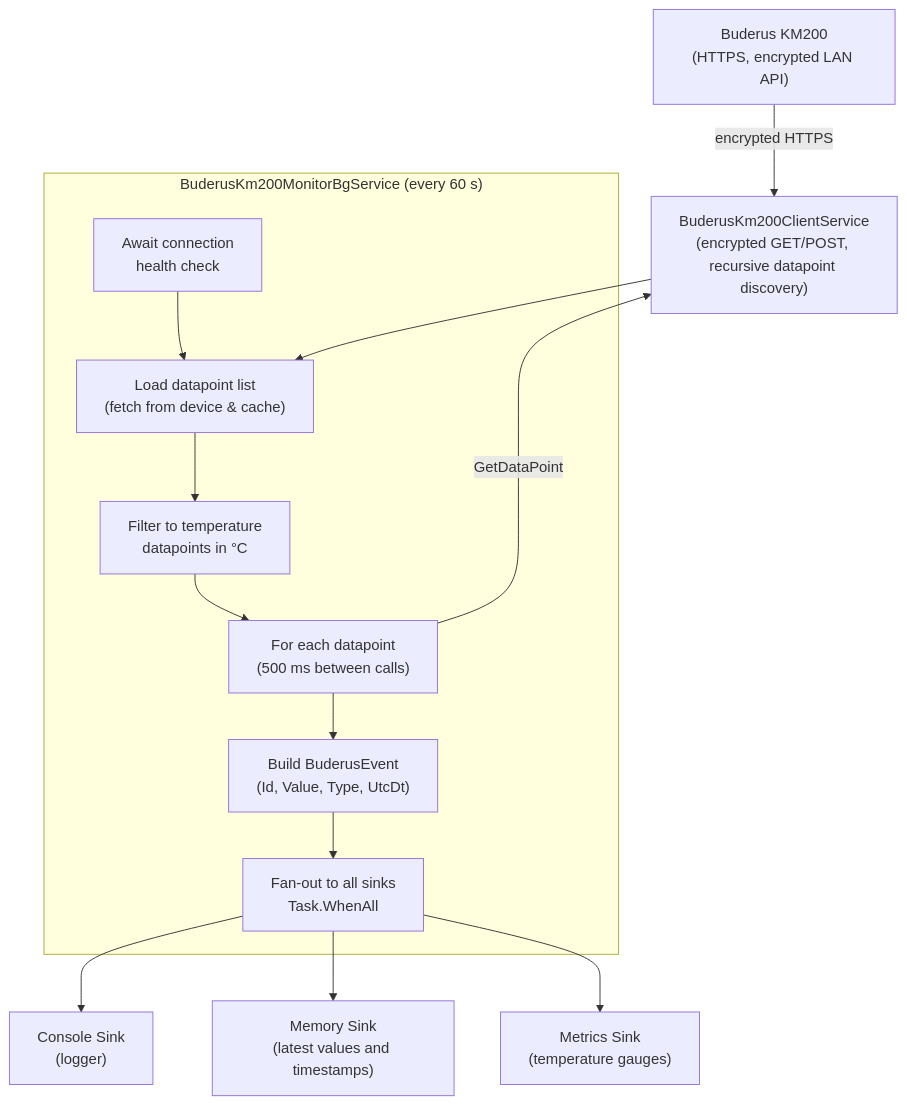
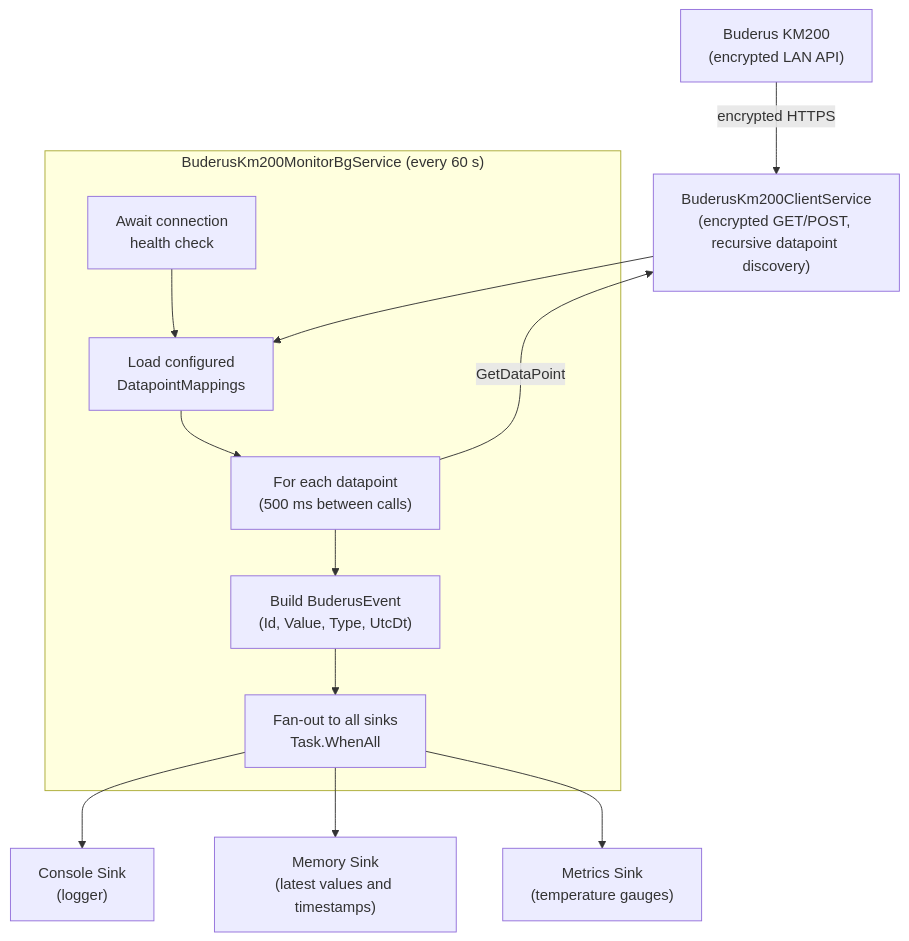
Before and after one commit to f2calv/SmartHaus: the diagram in src/CasCap.Api.Buderus/README.md, drawn with Mermaid. The commit also changed other lines of this file and 34 other files, not shown here.

````diff
--- a/src/CasCap.Api.Buderus/README.md
+++ b/src/CasCap.Api.Buderus/README.md
@@ -32,28 +59,27 @@
 ```mermaid
 flowchart TD
-    KM200["Buderus KM200\n(HTTPS, encrypted LAN API)"]
+    KM200["Buderus KM200<br/>(encrypted LAN API)"]
 
     subgraph Monitor["BuderusKm200MonitorBgService (every 60 s)"]
         HEALTH["Await connection\nhealth check"]
-        LOAD["Load datapoint list\n(fetch from device & cache)"]
-        FILTER["Filter to temperature\ndatapoints in °C"]
+        LOAD["Load configured<br/>DatapointMappings"]
         LOOP["For each datapoint\n(500 ms between calls)"]
         BUILD["Build BuderusEvent\n(Id, Value, Type, UtcDt)"]
         DISPATCH["Fan-out to all sinks\nTask.WhenAll"]
     end
 
     SINK_CONSOLE["Console Sink\n(logger)"]
     SINK_MEMORY["Memory Sink\n(latest values and timestamps)"]
     SINK_METRICS["Metrics Sink\n(temperature gauges)"]
 
     CLIENT["BuderusKm200ClientService\n(encrypted GET/POST, recursive datapoint discovery)"]
 
     KM200 -->|encrypted HTTPS| CLIENT
     CLIENT --> LOAD
-    HEALTH --> LOAD --> FILTER --> LOOP
+    HEALTH --> LOAD --> LOOP
     LOOP -->|GetDataPoint| CLIENT
     LOOP --> BUILD --> DISPATCH
     DISPATCH --> SINK_CONSOLE
     DISPATCH --> SINK_MEMORY
     DISPATCH --> SINK_METRICS
 ```
````
